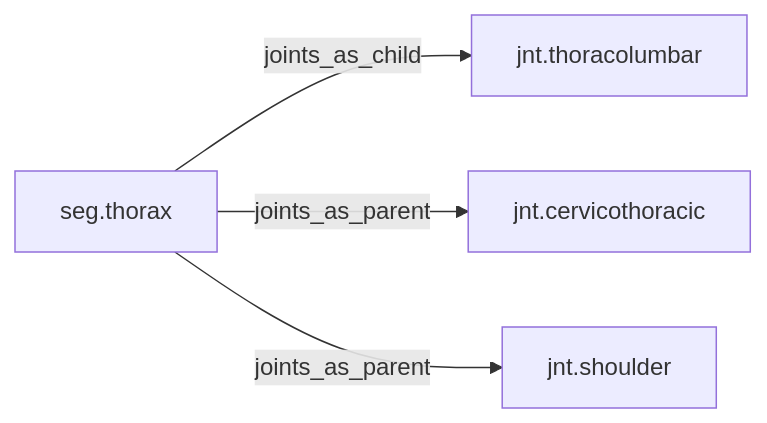
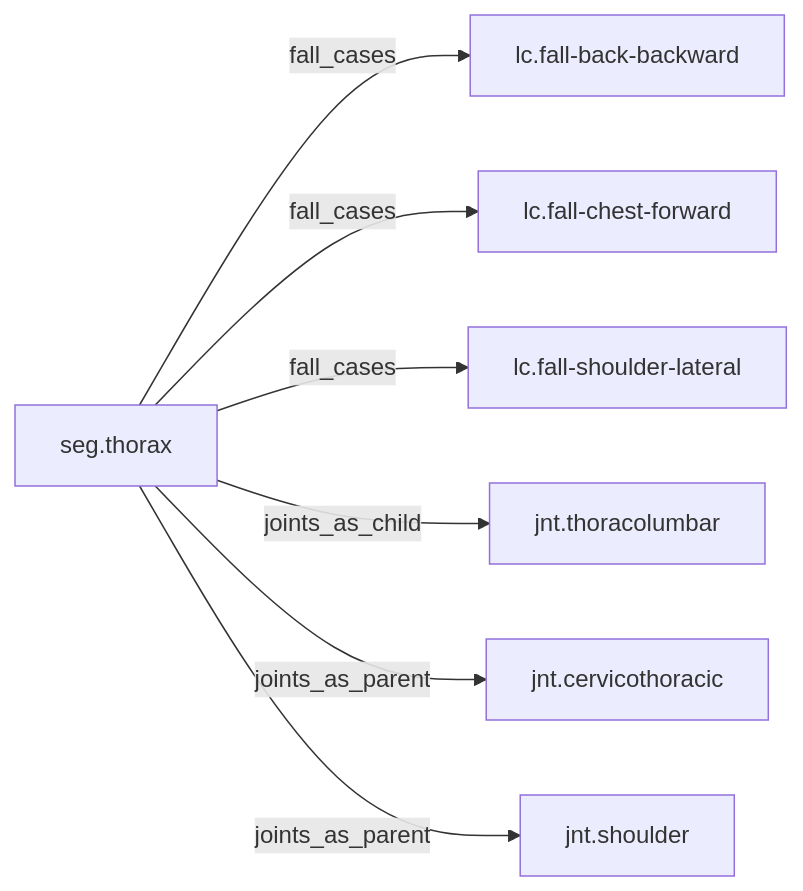
Before and after one commit to JoeCiampa3/freyja: the diagram in thread/dossiers/seg.thorax.md, drawn with Mermaid. The commit also changed other lines of this file and 36 other files, not shown here.

````diff
--- a/thread/dossiers/seg.thorax.md
+++ b/thread/dossiers/seg.thorax.md
@@ -71,10 +71,16 @@
 ```mermaid
 graph LR
   n0["seg.thorax"]
   n1["jnt.cervicothoracic"]
   n2["jnt.shoulder"]
   n3["jnt.thoracolumbar"]
+  n4["lc.fall-back-backward"]
+  n5["lc.fall-chest-forward"]
+  n6["lc.fall-shoulder-lateral"]
+  n0 -->|fall_cases| n4
+  n0 -->|fall_cases| n5
+  n0 -->|fall_cases| n6
   n0 -->|joints_as_child| n3
   n0 -->|joints_as_parent| n1
   n0 -->|joints_as_parent| n2
 ```
````
